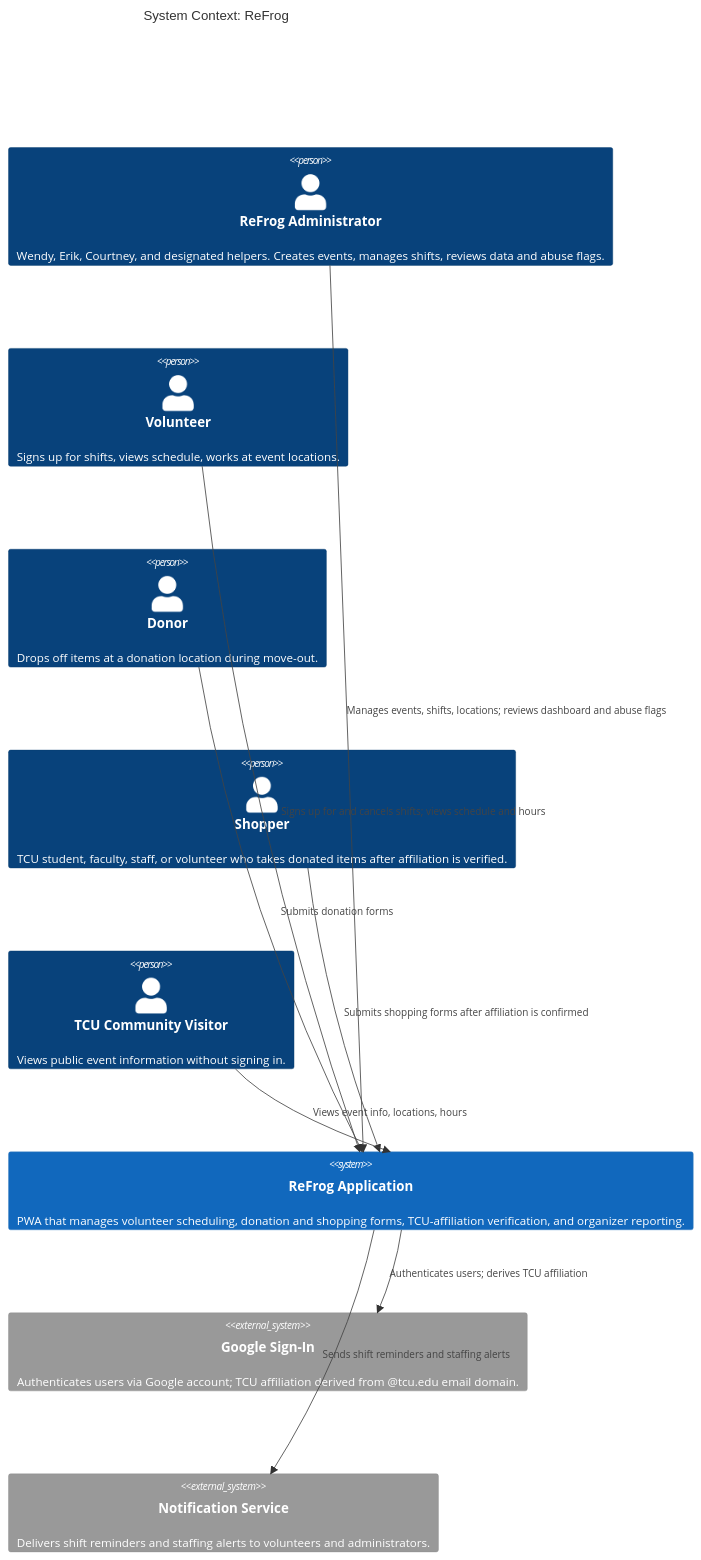
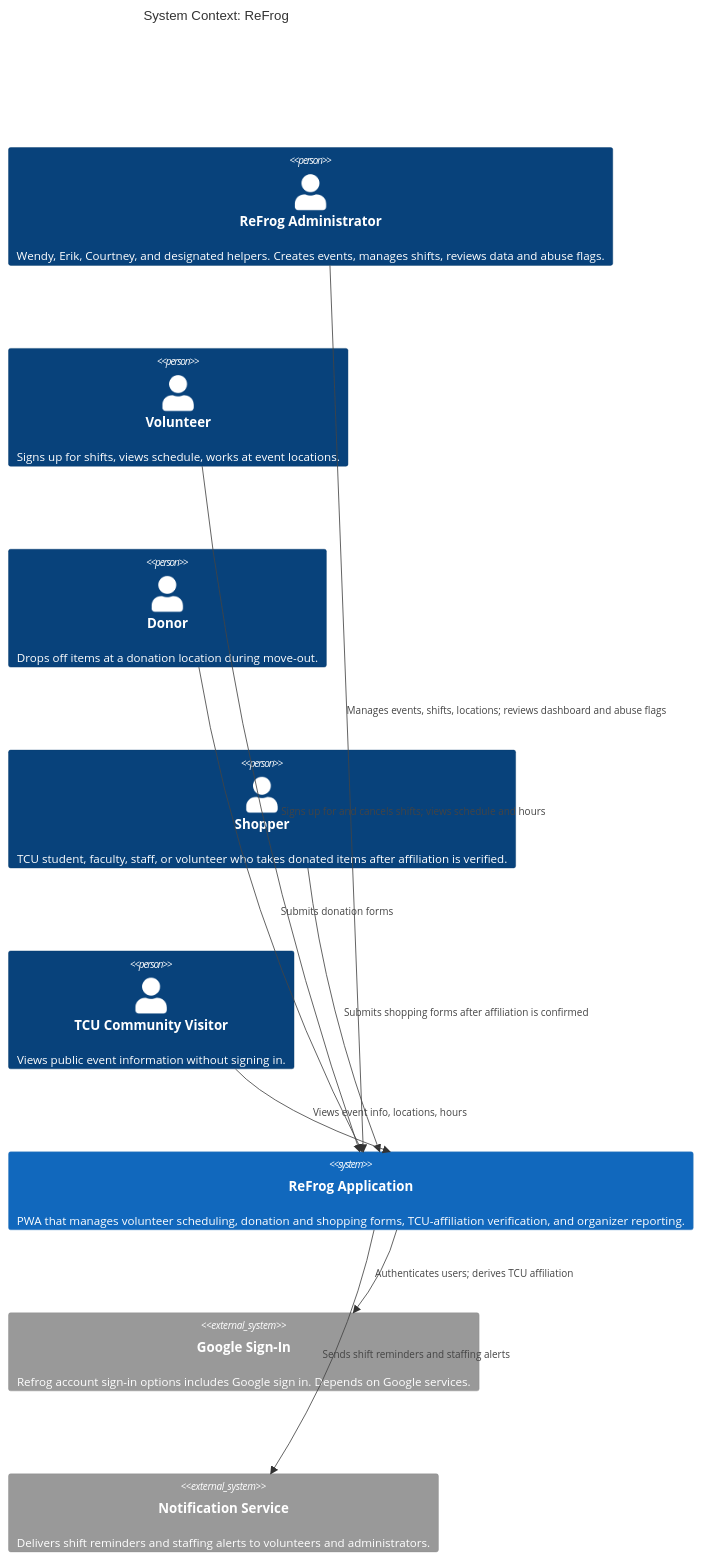
One commit to evelyntrann/cosc-40943-team-3-refrog changed the first of 2 diagrams in docs/design/architectural-design.md. Above: the diagram before and after it, drawn with Mermaid.

Commit message:
updated google sign in description

````diff
--- a/docs/design/architectural-design.md
+++ b/docs/design/architectural-design.md
@@ -89,23 +89,23 @@
 ```mermaid
 C4Context
     title System Context: ReFrog
 
     Person(admin, "ReFrog Administrator", "Wendy, Erik, Courtney, and designated helpers. Creates events, manages shifts, reviews data and abuse flags.")
     Person(volunteer, "Volunteer", "Signs up for shifts, views schedule, works at event locations.")
     Person(donor, "Donor", "Drops off items at a donation location during move-out.")
     Person(shopper, "Shopper", "TCU student, faculty, staff, or volunteer who takes donated items after affiliation is verified.")
     Person(visitor, "TCU Community Visitor", "Views public event information without signing in.")
 
     System(refrog, "ReFrog Application", "PWA that manages volunteer scheduling, donation and shopping forms, TCU-affiliation verification, and organizer reporting.")
 
-    System_Ext(authprovider, "Google Sign-In", "Authenticates users via Google account; TCU affiliation derived from @tcu.edu email domain.")
+    System_Ext(authprovider, "Google Sign-In", "Refrog account sign-in options includes Google sign in. Depends on Google services.")
     System_Ext(notification, "Notification Service", "Delivers shift reminders and staffing alerts to volunteers and administrators.")
 
     Rel(admin, refrog, "Manages events, shifts, locations; reviews dashboard and abuse flags")
     Rel(volunteer, refrog, "Signs up for and cancels shifts; views schedule and hours")
     Rel(donor, refrog, "Submits donation forms")
     Rel(shopper, refrog, "Submits shopping forms after affiliation is confirmed")
     Rel(visitor, refrog, "Views event info, locations, hours")
     Rel(refrog, authprovider, "Authenticates users; derives TCU affiliation")
     Rel(refrog, notification, "Sends shift reminders and staffing alerts")
 ```
````
